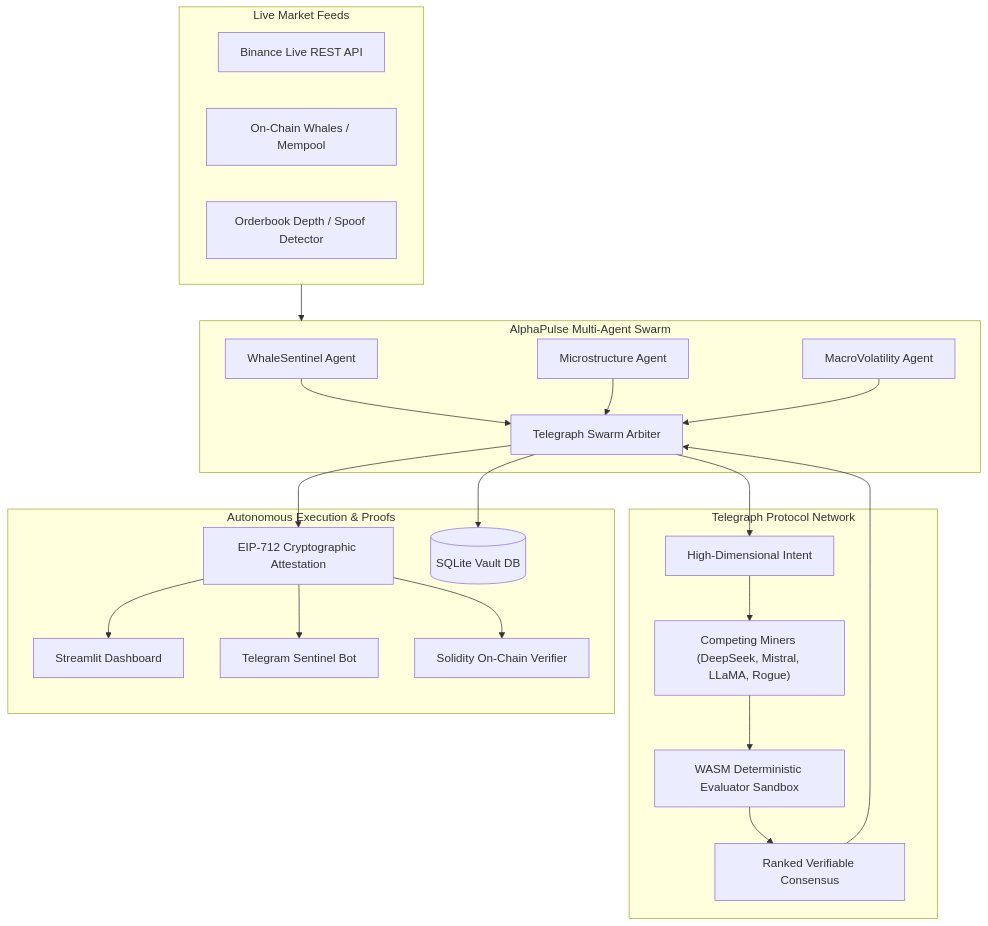
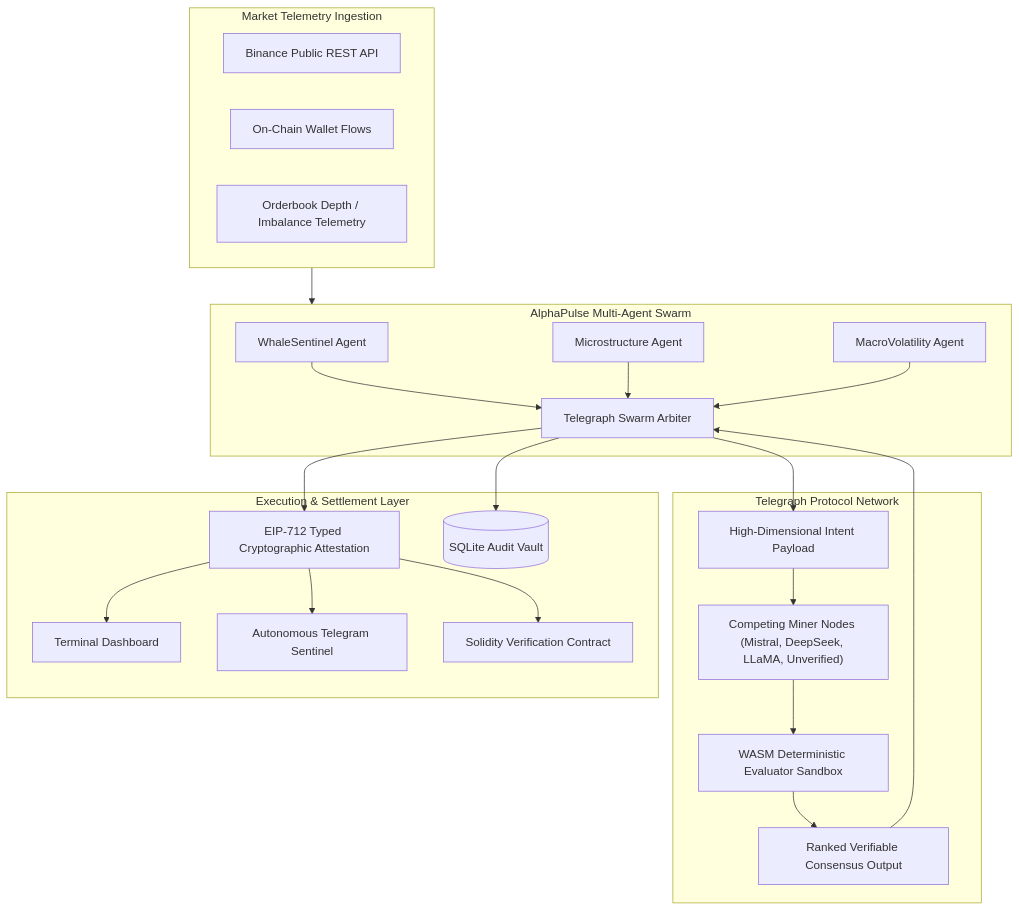
The diagram in README.md (rodrigoocbz/telegraph-alphapulse), drawn with Mermaid before and after one commit. The commit also changed other lines of this file, not shown here.

````diff
--- a/README.md
+++ b/README.md
@@ -30,41 +31,41 @@
 ```mermaid
 flowchart TD
-    subgraph Market ["Live Market Feeds"]
-        Binance["Binance Live REST API"]
-        OnChain["On-Chain Whales / Mempool"]
-        Orderbook["Orderbook Depth / Spoof Detector"]
+    subgraph Market ["Market Telemetry Ingestion"]
+        Binance["Binance Public REST API"]
+        OnChain["On-Chain Wallet Flows"]
+        Orderbook["Orderbook Depth / Imbalance Telemetry"]
     end
 
     subgraph Swarm ["AlphaPulse Multi-Agent Swarm"]
         Whale["WhaleSentinel Agent"]
         Micro["Microstructure Agent"]
         Macro["MacroVolatility Agent"]
         Arbiter["Telegraph Swarm Arbiter"]
     end
 
     subgraph Protocol ["Telegraph Protocol Network"]
-        Intent["High-Dimensional Intent"]
-        Miners["Competing Miners (DeepSeek, Mistral, LLaMA, Rogue)"]
+        Intent["High-Dimensional Intent Payload"]
+        Miners["Competing Miner Nodes (Mistral, DeepSeek, LLaMA, Unverified)"]
         WASM["WASM Deterministic Evaluator Sandbox"]
-        Consensus["Ranked Verifiable Consensus"]
+        Consensus["Ranked Verifiable Consensus Output"]
     end
 
-    subgraph Execution ["Autonomous Execution & Proofs"]
-        EIP712["EIP-712 Cryptographic Attestation"]
-        DB[("SQLite Vault DB")]
-        Streamlit["Streamlit Dashboard"]
-        Telegram["Telegram Sentinel Bot"]
-        SmartContract["Solidity On-Chain Verifier"]
+    subgraph Execution ["Execution & Settlement Layer"]
+        EIP712["EIP-712 Typed Cryptographic Attestation"]
+        DB[("SQLite Audit Vault")]
+        Streamlit["Terminal Dashboard"]
+        Telegram["Autonomous Telegram Sentinel"]
+        SmartContract["Solidity Verification Contract"]
     end
 
     Market --> Swarm
     Whale & Micro & Macro --> Arbiter
     Arbiter --> Intent
     Intent --> Miners
     Miners --> WASM
     WASM --> Consensus
     Consensus --> Arbiter
     Arbiter --> EIP712
     Arbiter --> DB
     EIP712 --> Streamlit & Telegram & SmartContract
 ```
````
